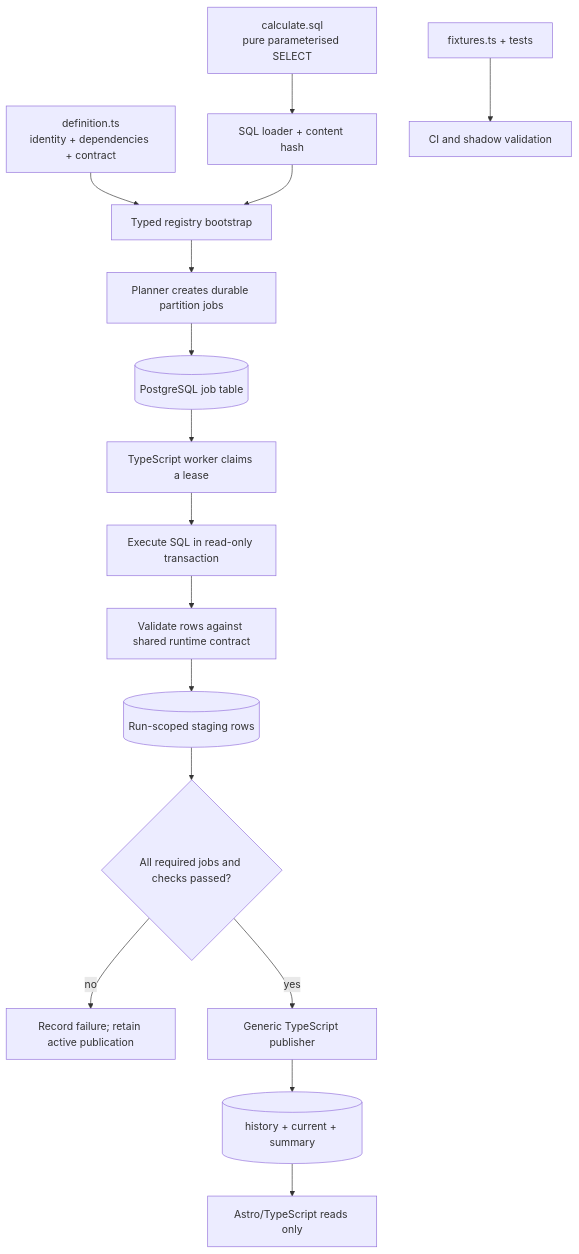
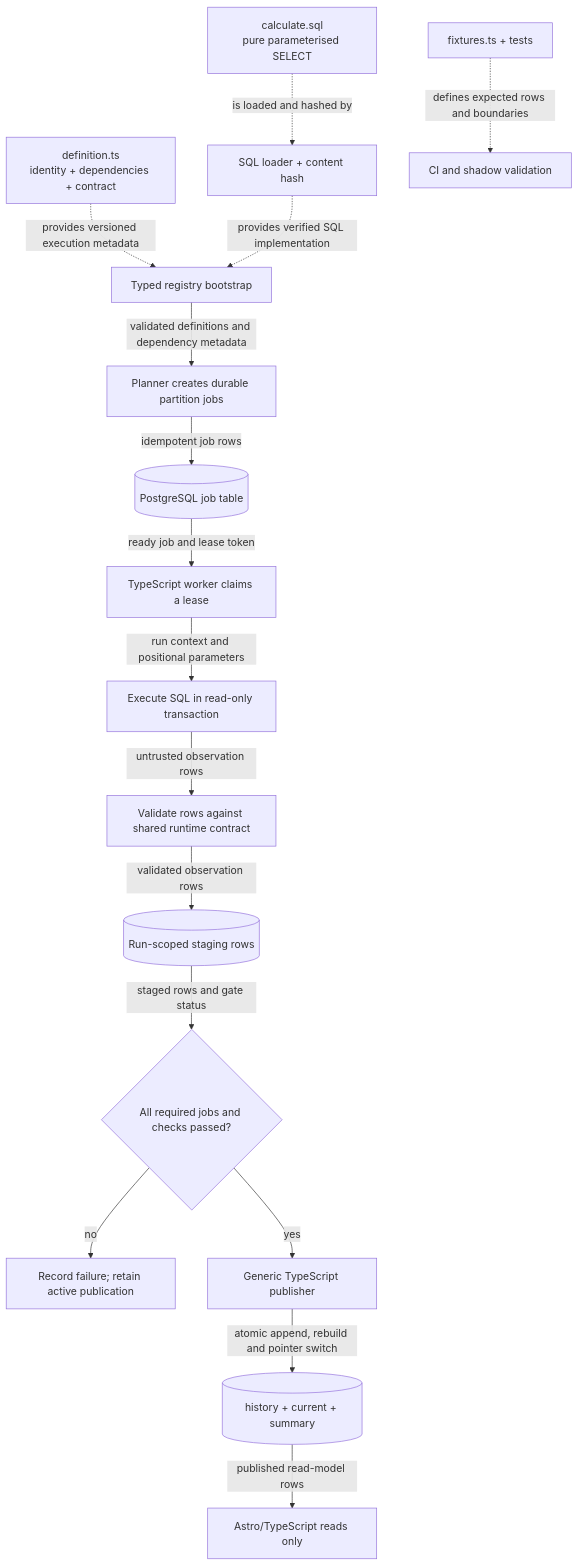
Before and after one commit to Viespirkiu-grupe/viespirkiai: the second of 5 diagrams in docs/risk-indicators-public-page-and-maintenance.md, drawn with Mermaid. The commit also changed other lines of this file and 1 other file, not shown here.

````diff
--- a/docs/risk-indicators-public-page-and-maintenance.md
+++ b/docs/risk-indicators-public-page-and-maintenance.md
@@ -416,18 +576,18 @@
 ```mermaid
 flowchart TD
-    D[definition.ts<br/>identity + dependencies + contract] --> R[Typed registry bootstrap]
-    Q[calculate.sql<br/>pure parameterised SELECT] --> L[SQL loader + content hash]
-    L --> R
-    F[fixtures.ts + tests] --> C[CI and shadow validation]
-    R --> P[Planner creates durable partition jobs]
-    P --> J[(PostgreSQL job table)]
-    J --> W[TypeScript worker claims a lease]
-    W --> X[Execute SQL in read-only transaction]
-    X --> V[Validate rows against shared runtime contract]
-    V --> S[(Run-scoped staging rows)]
-    S --> G{All required jobs and checks passed?}
+    D[definition.ts<br/>identity + dependencies + contract] -.->|provides versioned execution metadata| R[Typed registry bootstrap]
+    Q[calculate.sql<br/>pure parameterised SELECT] -.->|is loaded and hashed by| L[SQL loader + content hash]
+    L -.->|provides verified SQL implementation| R
+    F[fixtures.ts + tests] -.->|defines expected rows and boundaries| C[CI and shadow validation]
+    R -->|validated definitions and dependency metadata| P[Planner creates durable partition jobs]
+    P -->|idempotent job rows| J[(PostgreSQL job table)]
+    J -->|ready job and lease token| W[TypeScript worker claims a lease]
+    W -->|run context and positional parameters| X[Execute SQL in read-only transaction]
+    X -->|untrusted observation rows| V[Validate rows against shared runtime contract]
+    V -->|validated observation rows| S[(Run-scoped staging rows)]
+    S -->|staged rows and gate status| G{All required jobs and checks passed?}
     G -->|no| N[Record failure; retain active publication]
     G -->|yes| A[Generic TypeScript publisher]
-    A --> H[(history + current + summary)]
-    H --> U[Astro/TypeScript reads only]
+    A -->|atomic append, rebuild and pointer switch| H[(history + current + summary)]
+    H -->|published read-model rows| U[Astro/TypeScript reads only]
 ```
````
